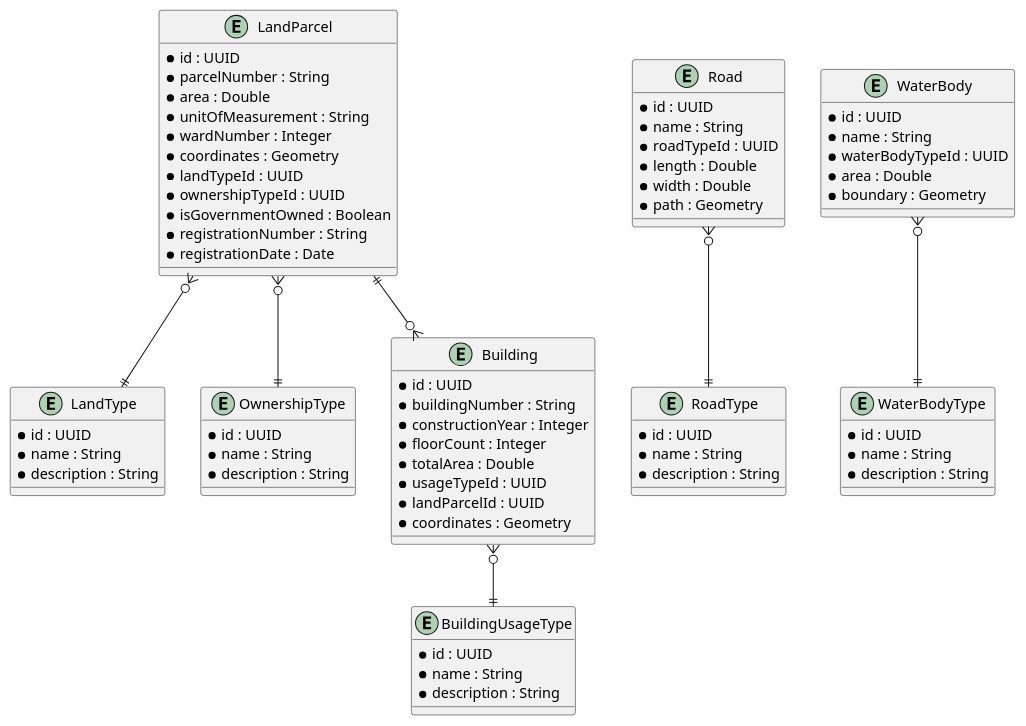
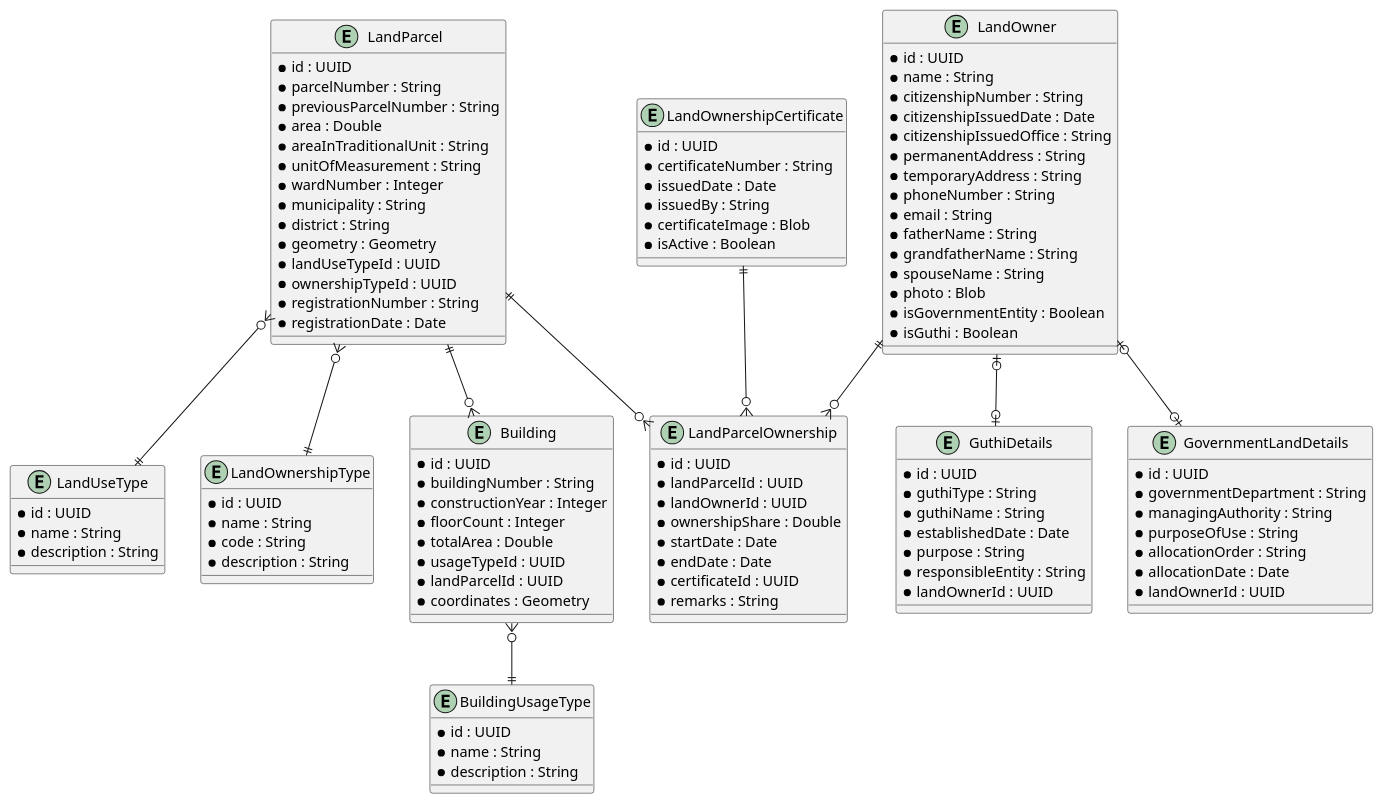
One commit to fernsky/likhupike-backend-dpms changed the diagram in src/docs/asciidoc/design/land-management/data-model.adoc. Above: the diagram before and after it, drawn with PlantUML. The commit also changed other lines of this file and 1 other file, not shown here.

Commit message:
feat: enhance land management documentation with detailed ownership and property information

```diff
--- a/src/docs/asciidoc/design/land-management/data-model.adoc
+++ b/src/docs/asciidoc/design/land-management/data-model.adoc
@@ -10,27 +10,89 @@
 entity LandParcel {
   * id : UUID
   * parcelNumber : String
+  * previousParcelNumber : String
   * area : Double
+  * areaInTraditionalUnit : String
   * unitOfMeasurement : String
   * wardNumber : Integer
-  * coordinates : Geometry
-  * landTypeId : UUID
+  * municipality : String
+  * district : String
+  * geometry : Geometry
+  * landUseTypeId : UUID
   * ownershipTypeId : UUID
-  * isGovernmentOwned : Boolean
   * registrationNumber : String
   * registrationDate : Date
 }
 
-entity LandType {
+entity LandUseType {
   * id : UUID
   * name : String
   * description : String
 }
 
-entity OwnershipType {
+entity LandOwnershipType {
   * id : UUID
   * name : String
+  * code : String
   * description : String
+}
+
+entity LandOwner {
+  * id : UUID
+  * name : String
+  * citizenshipNumber : String
+  * citizenshipIssuedDate : Date
+  * citizenshipIssuedOffice : String
+  * permanentAddress : String
+  * temporaryAddress : String
+  * phoneNumber : String
+  * email : String
+  * fatherName : String
+  * grandfatherName : String
+  * spouseName : String
+  * photo : Blob
+  * isGovernmentEntity : Boolean
+  * isGuthi : Boolean
+}
+
+entity LandOwnershipCertificate {
+  * id : UUID
+  * certificateNumber : String
+  * issuedDate : Date
+  * issuedBy : String
+  * certificateImage : Blob
+  * isActive : Boolean
+}
+
+entity LandParcelOwnership {
+  * id : UUID
+  * landParcelId : UUID
+  * landOwnerId : UUID
+  * ownershipShare : Double
+  * startDate : Date
+  * endDate : Date
+  * certificateId : UUID
+  * remarks : String
+}
+
+entity GuthiDetails {
+  * id : UUID
+  * guthiType : String
+  * guthiName : String
+  * establishedDate : Date
+  * purpose : String
+  * responsibleEntity : String
+  * landOwnerId : UUID
+}
+
+entity GovernmentLandDetails {
+  * id : UUID
+  * governmentDepartment : String
+  * managingAuthority : String
+  * purposeOfUse : String
+  * allocationOrder : String
+  * allocationDate : Date
+  * landOwnerId : UUID
 }
 
 entity Building {
@@ -50,40 +112,17 @@
   * description : String
 }
 
-entity Road {
-  * id : UUID
-  * name : String
-  * roadTypeId : UUID
-  * length : Double
-  * width : Double
-  * path : Geometry
-}
+LandParcel }o--|| LandUseType
+LandParcel }o--|| LandOwnershipType
+LandParcel ||--o{ Building
+Building }o--|| BuildingUsageType
 
-entity RoadType {
-  * id : UUID
-  * name : String
-  * description : String
-}
+LandParcel ||--o{ LandParcelOwnership
+LandOwner ||--o{ LandParcelOwnership
+LandOwnershipCertificate ||--o{ LandParcelOwnership
 
-entity WaterBody {
-  * id : UUID
-  * name : String
-  * waterBodyTypeId : UUID
-  * area : Double
-  * boundary : Geometry
-}
+LandOwner |o--o| GuthiDetails
+LandOwner |o--o| GovernmentLandDetails
 
-entity WaterBodyType {
-  * id : UUID
-  * name : String
-  * description : String
-}
-
-LandParcel ||--o{ Building
-LandParcel }o--|| LandType
-LandParcel }o--|| OwnershipType
-Building }o--|| BuildingUsageType
-Road }o--|| RoadType
-WaterBody }o--|| WaterBodyType
 @enduml
 ----
```
